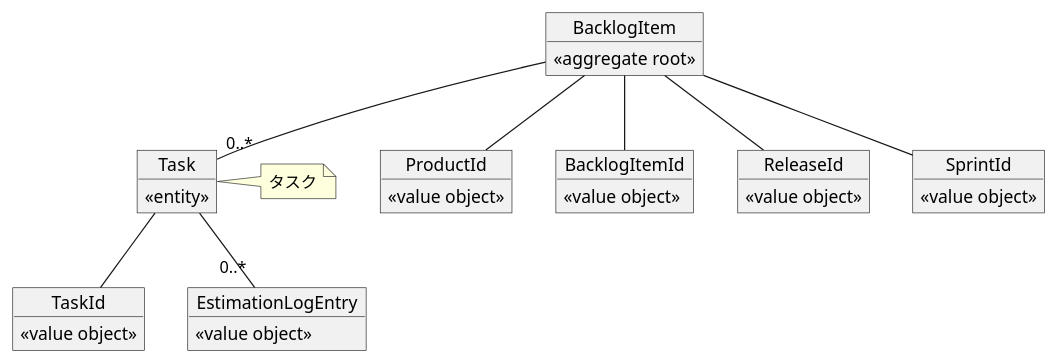
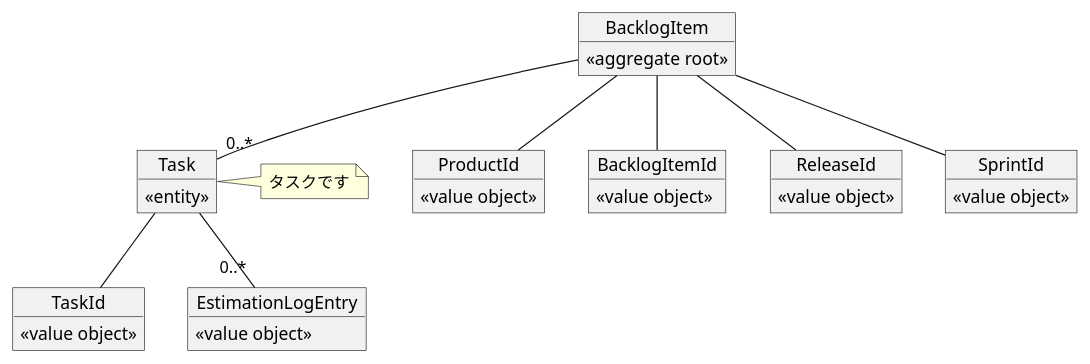
One commit to abekoh/commit-plantuml-action changed the diagram in sample/backlog-item.puml. Above: the diagram before and after it, drawn with PlantUML.

Commit message:
update puml

```diff
--- a/sample/backlog-item.puml
+++ b/sample/backlog-item.puml
@@ -1,41 +1,41 @@
 @startuml
 object BacklogItem {
   <<aggregate root>>
 }
 object ProductId {
   <<value object>>
 }
 object BacklogItemId {
   <<value object>>
 }
 object ReleaseId {
   <<value object>>
 }
 object SprintId {
   <<value object>>
 }
 
 object Task {
   <<entity>>
 }
 object TaskId {
   <<value object>>
 }
 object EstimationLogEntry {
   <<value object>>
 }
 
 BacklogItem -- BacklogItemId
 BacklogItem -- ProductId
 BacklogItem -- ReleaseId
 BacklogItem -- SprintId
 BacklogItem -- "0..*" Task
 
 Task -- TaskId
 Task -- "0..*" EstimationLogEntry
 
 note right of Task {
-  タスク
+  タスクです
 }
 
 @enduml
```
